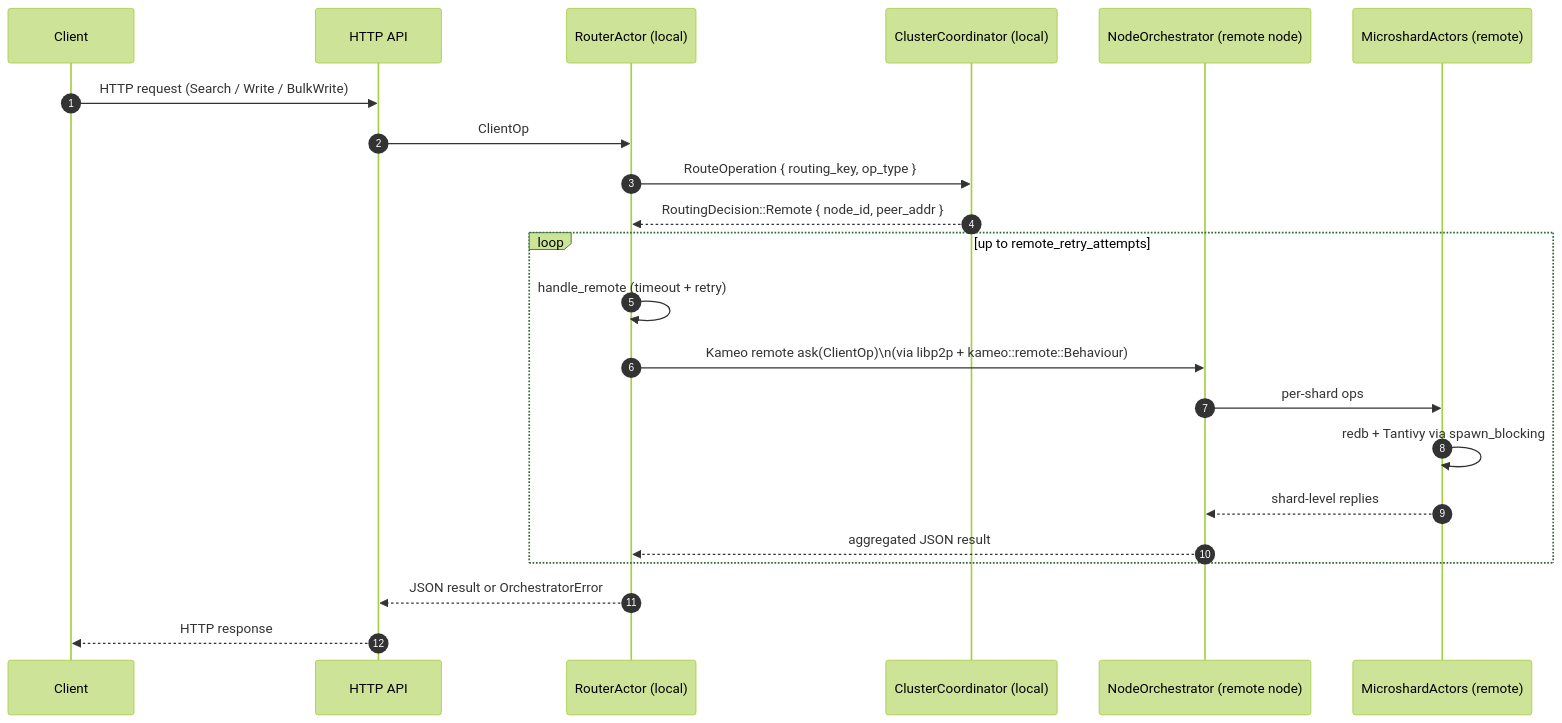
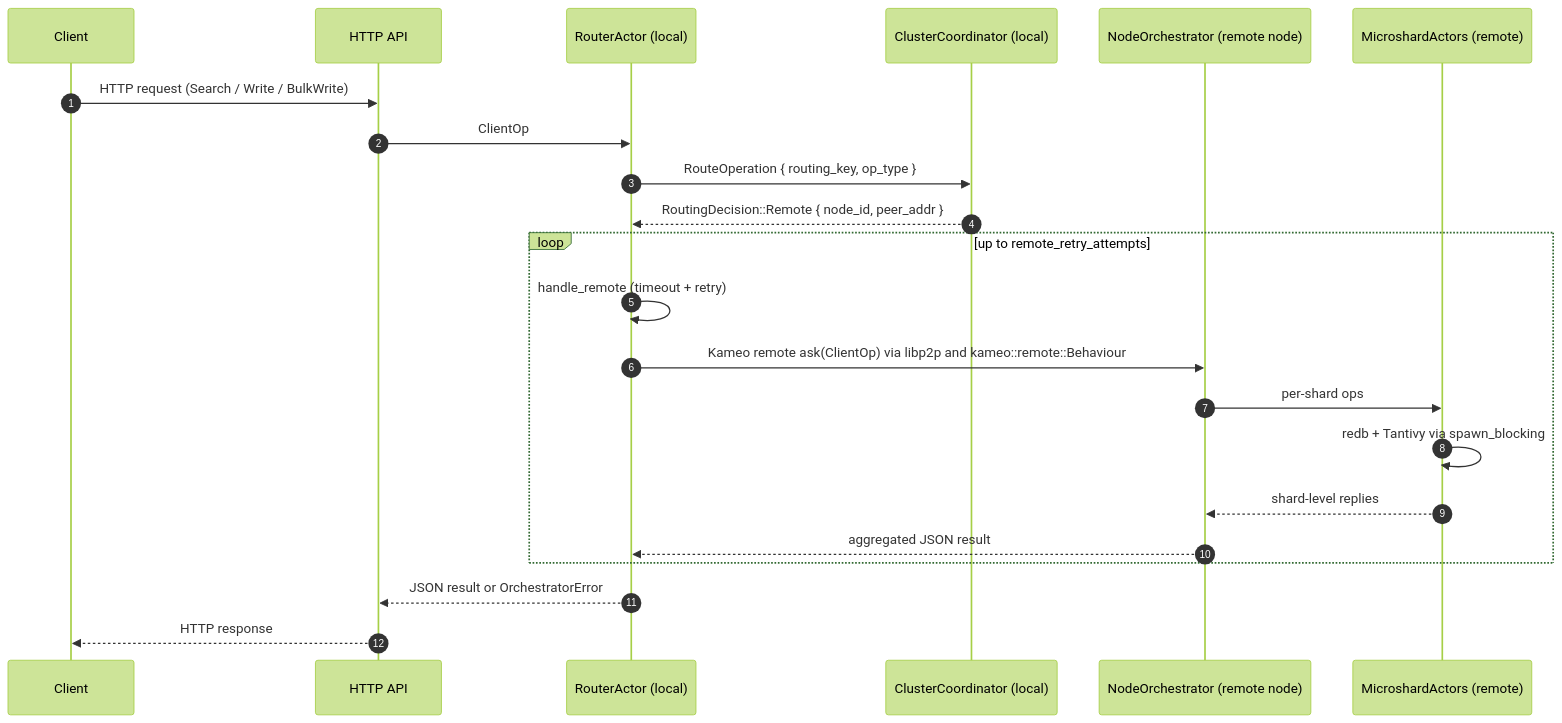
Before and after one commit to cameodb/cameodb: the second of 3 diagrams in crates/server/README.md, drawn with Mermaid (forest theme). The commit also changed other lines of this file and 3 other files, not shown here.

````diff
--- a/crates/server/README.md
+++ b/crates/server/README.md
@@ -462,27 +462,27 @@
 ```mermaid
 sequenceDiagram
     autonumber
     participant Client
     participant HTTP as HTTP API
     participant Router as RouterActor (local)
     participant Coord as ClusterCoordinator (local)
     participant RemoteOrch as NodeOrchestrator (remote node)
     participant RemoteShards as MicroshardActors (remote)
 
     Client->>HTTP: HTTP request (Search / Write / BulkWrite)
     HTTP->>Router: ClientOp
     Router->>Coord: RouteOperation { routing_key, op_type }
     Coord-->>Router: RoutingDecision::Remote { node_id, peer_addr }
 
     loop up to remote_retry_attempts
         Router->>Router: handle_remote (timeout + retry)
-        Router->>RemoteOrch: Kameo remote ask(ClientOp)\n(via libp2p + kameo::remote::Behaviour)
+        Router->>RemoteOrch: Kameo remote ask(ClientOp) via libp2p and kameo::remote::Behaviour
         RemoteOrch->>RemoteShards: per-shard ops
         RemoteShards->>RemoteShards: redb + Tantivy via spawn_blocking
         RemoteShards-->>RemoteOrch: shard-level replies
         RemoteOrch-->>Router: aggregated JSON result
     end
 
     Router-->>HTTP: JSON result or OrchestratorError
     HTTP-->>Client: HTTP response
 ```
````
